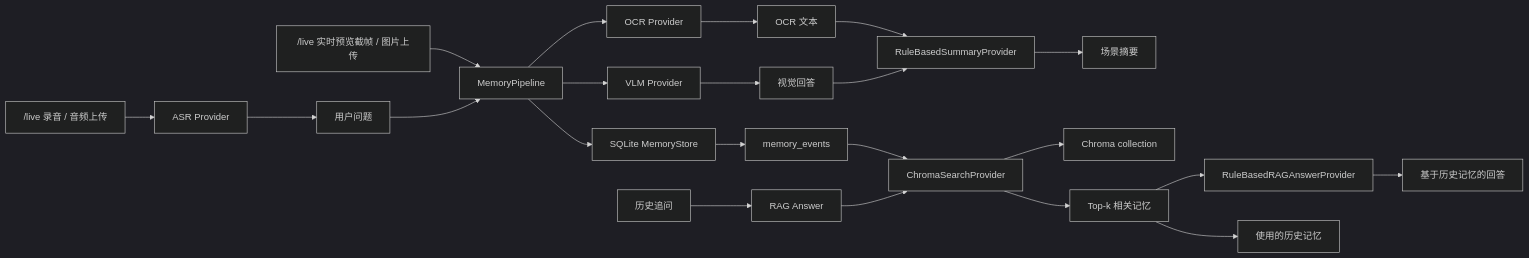
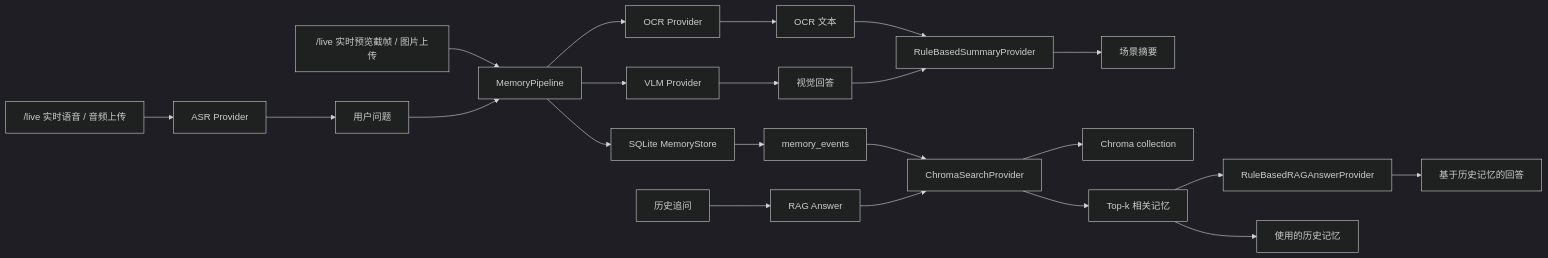
Before and after one commit to bashirmusamagaji19-debug/Arglasses: the diagram in docs/architecture/system-architecture.md, drawn with Mermaid (dark theme). The commit also changed other lines of this file and 14 other files, not shown here.

````diff
--- a/docs/architecture/system-architecture.md
+++ b/docs/architecture/system-architecture.md
@@ -15,24 +15,24 @@
 ```mermaid
 flowchart LR
     A["/live 实时预览截帧 / 图片上传"] --> B["MemoryPipeline"]
     C["用户问题"] --> B
-    T["/live 录音 / 音频上传"] --> U["ASR Provider"]
+    T["/live 实时语音 / 音频上传"] --> U["ASR Provider"]
     U --> C
     B --> D["OCR Provider"]
     B --> E["VLM Provider"]
     D --> F["OCR 文本"]
     E --> G["视觉回答"]
     F --> H["RuleBasedSummaryProvider"]
     G --> H
     H --> I["场景摘要"]
     B --> J["SQLite MemoryStore"]
     J --> K["memory_events"]
     K --> L["ChromaSearchProvider"]
     L --> M["Chroma collection"]
     N["历史追问"] --> O["RAG Answer"]
     O --> L
     L --> P["Top-k 相关记忆"]
     P --> Q["RuleBasedRAGAnswerProvider"]
     Q --> R["基于历史记忆的回答"]
     P --> S["使用的历史记忆"]
 ```
````
